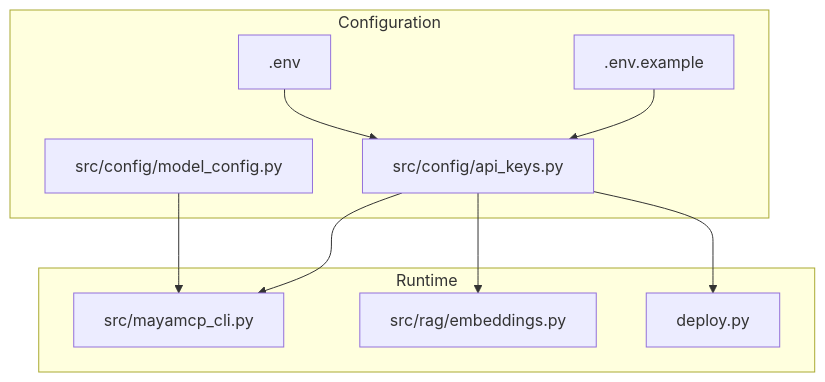
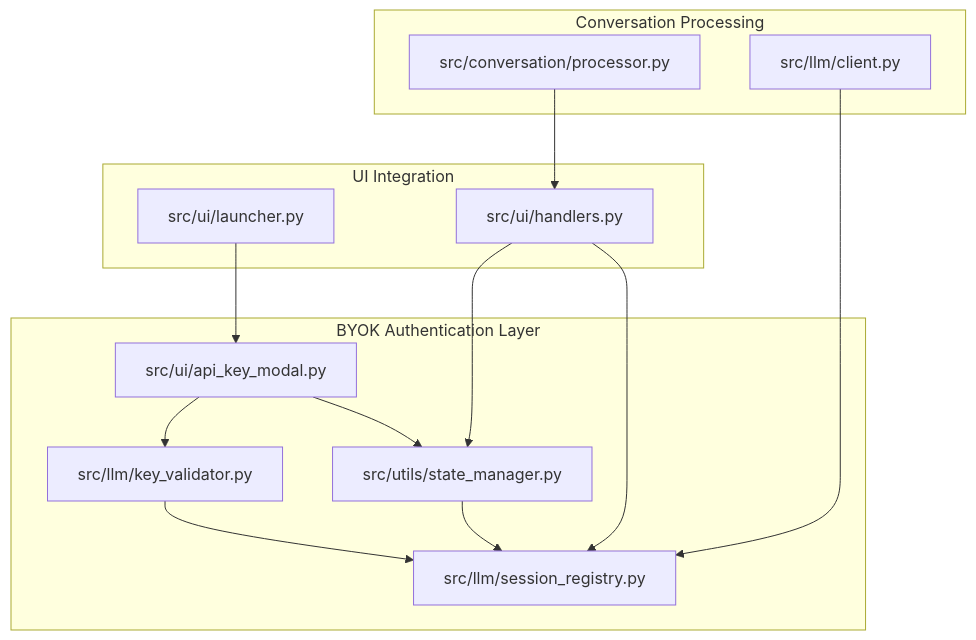
Before and after one commit to MOK-5-ha/MayaMCP: the first of 8 diagrams in .qoder/repowiki/en/content/Configuration Management/API Key Management.md, drawn with Mermaid. The commit also changed other lines of this file and 27 other files, not shown here.

````diff
--- a/.qoder/repowiki/en/content/Configuration Management/API Key Management.md
+++ b/.qoder/repowiki/en/content/Configuration Management/API Key Management.md
@@ -38,20 +53,26 @@
 ```mermaid
 graph TB
-subgraph "Configuration"
-A["src/config/api_keys.py"]
-B[".env.example"]
-C[".env"]
-D["src/config/model_config.py"]
+subgraph "BYOK Authentication Layer"
+A["src/ui/api_key_modal.py"]
+B["src/llm/key_validator.py"]
+C["src/utils/state_manager.py"]
+D["src/llm/session_registry.py"]
 end
-subgraph "Runtime"
-E["src/mayamcp_cli.py"]
-F["src/rag/embeddings.py"]
-G["deploy.py"]
+subgraph "UI Integration"
+E["src/ui/handlers.py"]
+F["src/ui/launcher.py"]
 end
-A --> E
-A --> F
-A --> G
-B --> A
-C --> A
-D --> E
+subgraph "Conversation Processing"
+G["src/conversation/processor.py"]
+H["src/llm/client.py"]
+end
+A --> B
+A --> C
+B --> D
+C --> D
+E --> C
+E --> D
+F --> A
+G --> E
+H --> D
 ```
````
